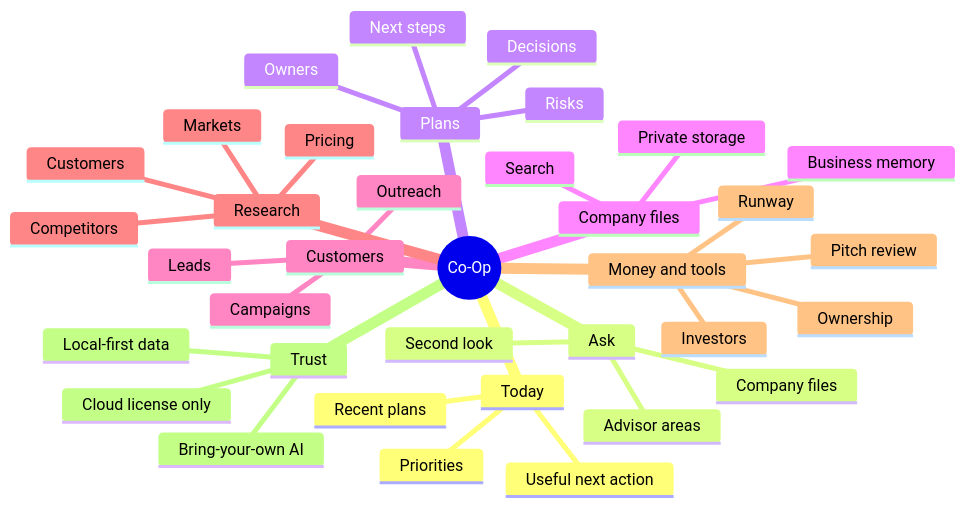
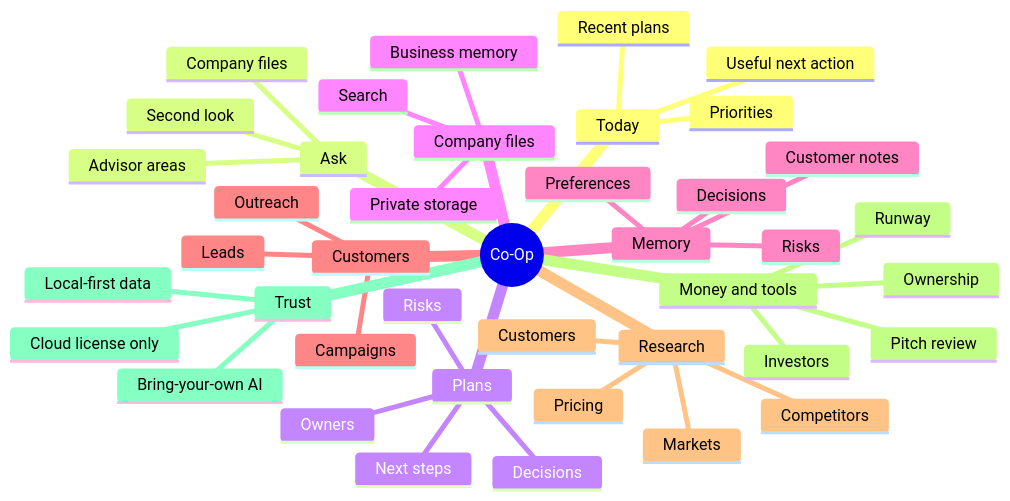
Before and after one commit to Afnanksalal/co-op: the second of 2 diagrams in docs/PRODUCT_POSITIONING.md, drawn with Mermaid. The commit also changed other lines of this file and 69 other files, not shown here.

````diff
--- a/docs/PRODUCT_POSITIONING.md
+++ b/docs/PRODUCT_POSITIONING.md
@@ -112,39 +113,44 @@
 ```mermaid
 mindmap
   root((Co-Op))
     Today
       Priorities
       Recent plans
       Useful next action
     Ask
       Advisor areas
       Company files
       Second look
     Plans
       Decisions
       Risks
       Owners
       Next steps
     Company files
       Private storage
       Search
       Business memory
+    Memory
+      Decisions
+      Preferences
+      Risks
+      Customer notes
     Customers
       Leads
       Outreach
       Campaigns
     Research
       Markets
       Competitors
       Customers
       Pricing
     Money and tools
       Runway
       Pitch review
       Ownership
       Investors
     Trust
       Local-first data
       Bring-your-own AI
       Cloud license only
 ```
````
